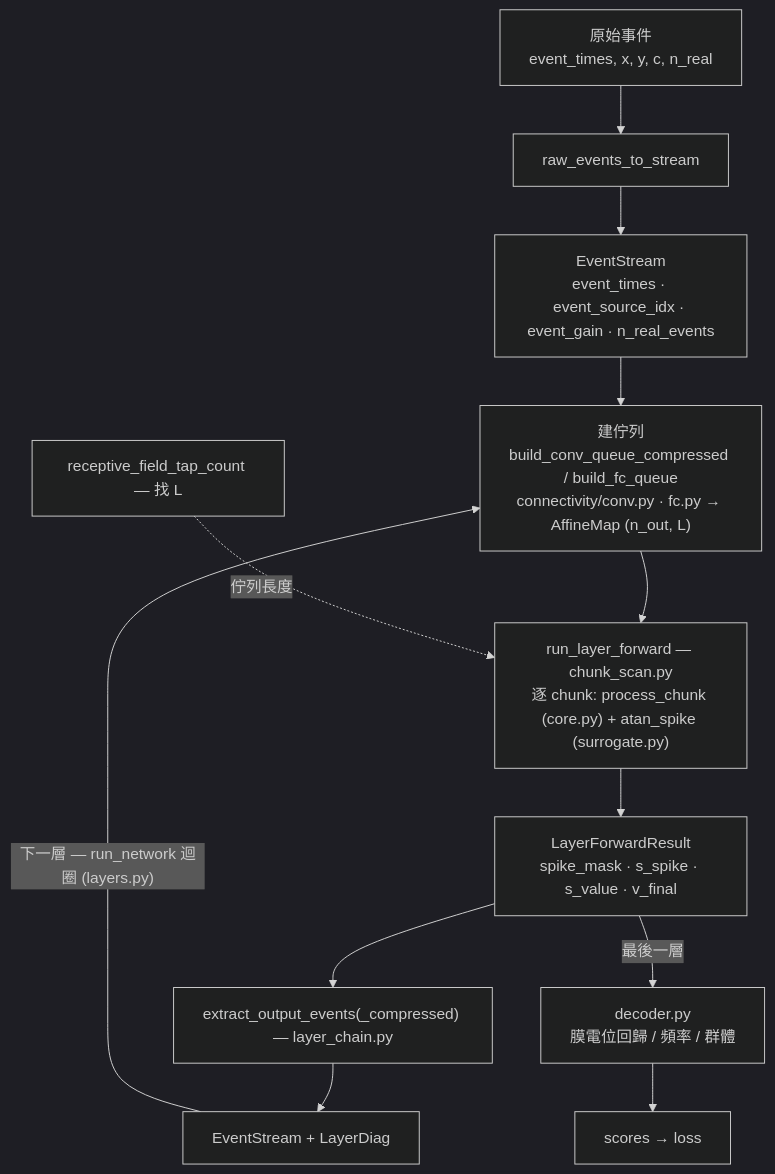
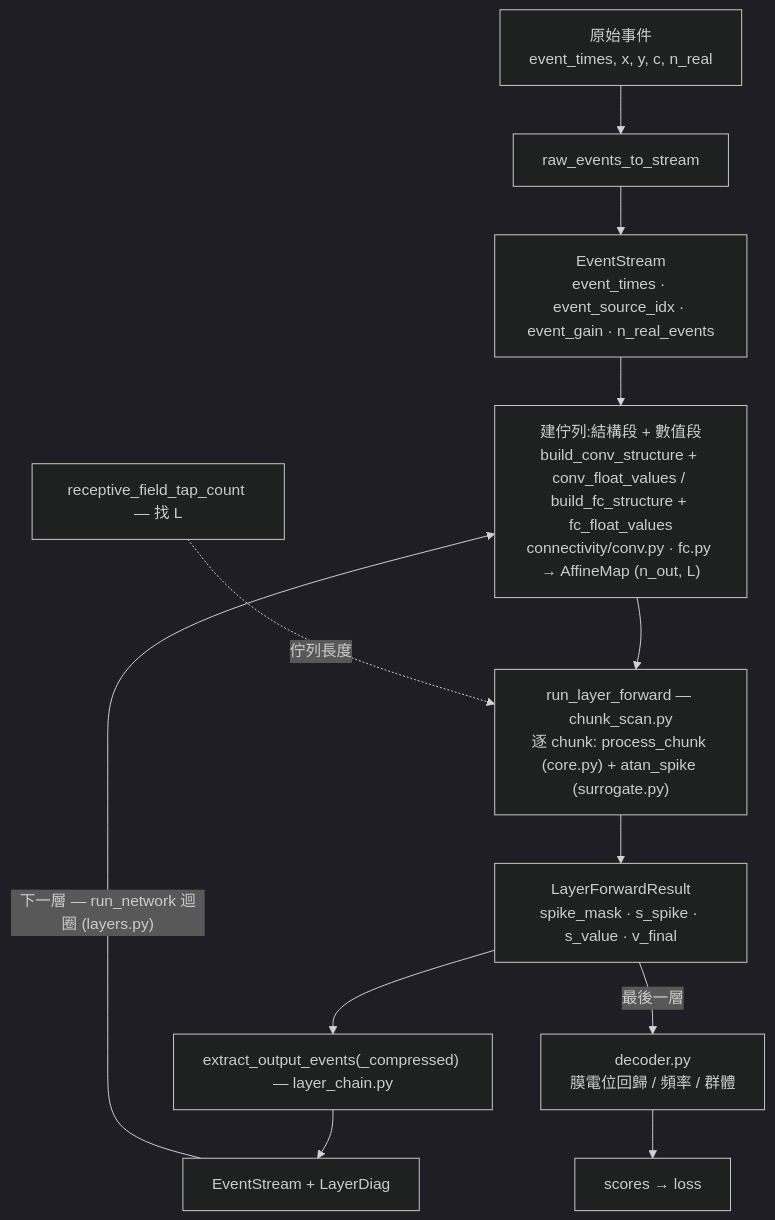
The first of 2 diagrams in docs/架構.md (Salt-Shio/Spiking-Affine-Lazy-Training), drawn with Mermaid (dark theme) before and after one commit. The commit also changed other lines of this file and 24 other files, not shown here.

````diff
--- a/docs/架構.md
+++ b/docs/架構.md
@@ -14,14 +14,14 @@
 ```mermaid
 flowchart TD
     RAW["原始事件<br/>event_times, x, y, c, n_real"] --> R2S["raw_events_to_stream"]
     R2S --> ES["EventStream<br/>event_times · event_source_idx · event_gain · n_real_events"]
-    ES --> BQ["建佇列<br/>build_conv_queue_compressed / build_fc_queue<br/>connectivity/conv.py · fc.py → AffineMap (n_out, L)"]
+    ES --> BQ["建佇列:結構段 + 數值段<br/>build_conv_structure + conv_float_values / build_fc_structure + fc_float_values<br/>connectivity/conv.py · fc.py → AffineMap (n_out, L)"]
     BQ --> RLF["run_layer_forward — chunk_scan.py<br/>逐 chunk: process_chunk (core.py) + atan_spike (surrogate.py)"]
     RLF --> LFR["LayerForwardResult<br/>spike_mask · s_spike · s_value · v_final"]
     LFR --> EXO["extract_output_events(_compressed) — layer_chain.py"]
     EXO --> ESN["EventStream + LayerDiag"]
     ESN -->|"下一層 — run_network 迴圈 (layers.py)"| BQ
     LFR -->|"最後一層"| DEC["decoder.py<br/>膜電位回歸 / 頻率 / 群體"]
     DEC --> SC["scores → loss"]
     RFT["receptive_field_tap_count — 找 L"] -. 佇列長度 .-> RLF
 ```
````
